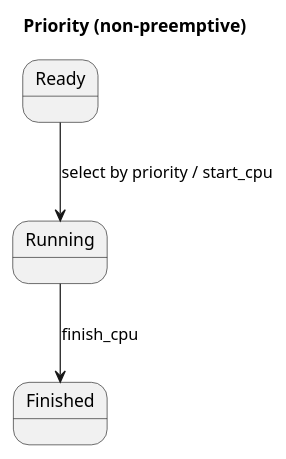
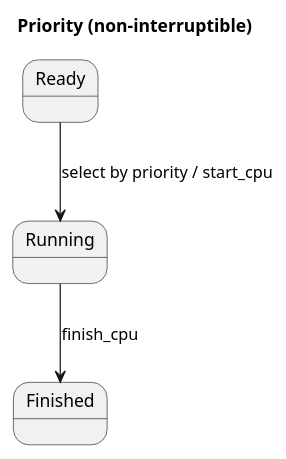
One commit to vicajilau/MASO changed the sixth of 8 diagrams in doc/diagramas_de_estado.md. Above: the diagram before and after it, drawn with PlantUML. The commit also changed other lines of this file, not shown here.

Commit message:
Update state diagrams and descriptions for MASO scheduling algorithms to clarify preemption and interruption terminology

````diff
--- a/doc/diagramas_de_estado.md
+++ b/doc/diagramas_de_estado.md
@@ -149,9 +149,9 @@
 ```plantuml
 @startuml Priority
-title Priority (non-preemptive)
+title Priority (non-interruptible)
 state Ready
 state Running
 Ready --> Running : select by priority / start_cpu
 Running --> Finished : finish_cpu
 @enduml
 ```
````
